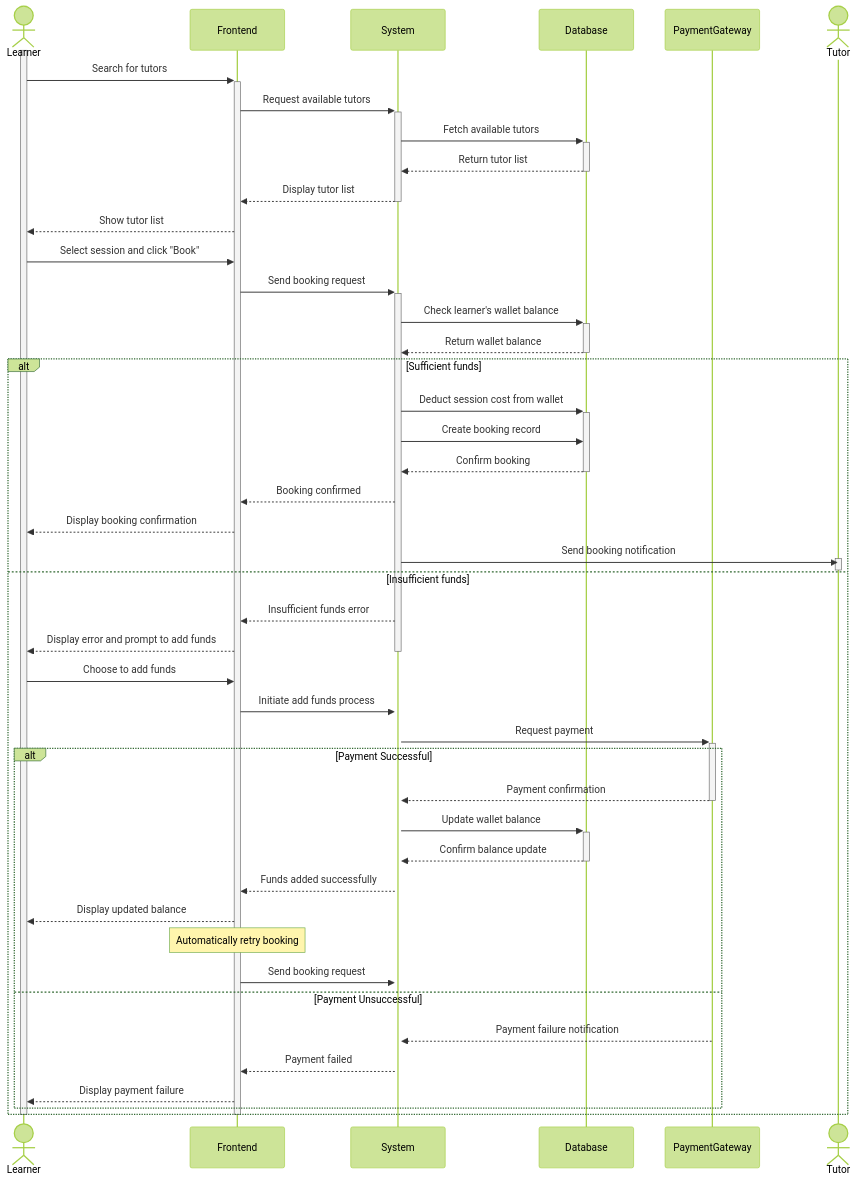
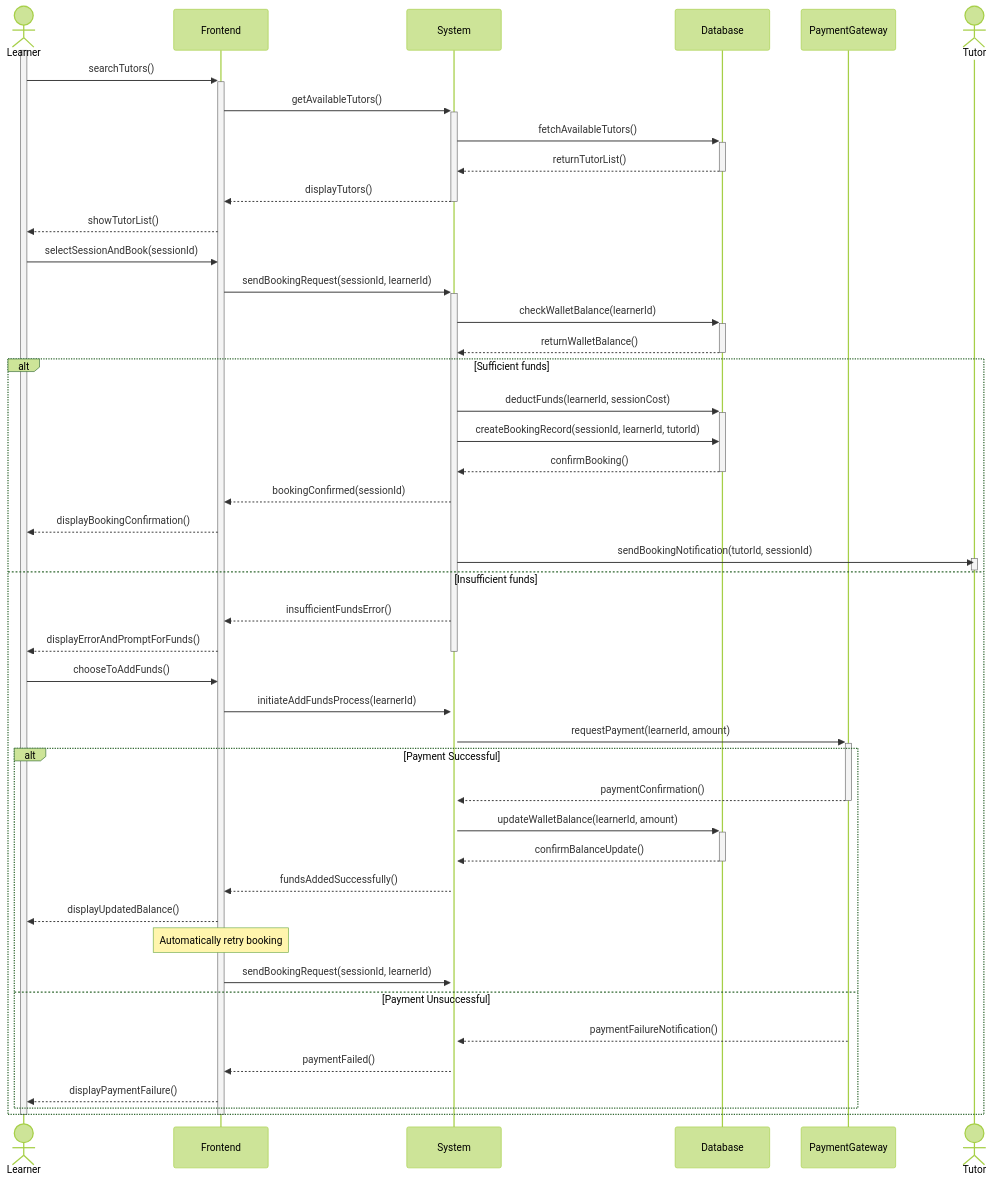
One commit to Shaar03/Diagrams changed the diagram in bookAndPay.mermaid. Above: the diagram before and after it, drawn with Mermaid (forest theme).

```diff
--- a/bookAndPay.mermaid
+++ b/bookAndPay.mermaid
@@ -1,51 +1,51 @@
 sequenceDiagram
     actor Learner
     participant Frontend
     participant System
     participant Database
     participant PaymentGateway
     actor Tutor
 
     activate Learner
-    Learner->>+Frontend: Search for tutors
-    Frontend->>+System: Request available tutors
-    System->>+Database: Fetch available tutors
-    Database-->>-System: Return tutor list
-    System-->>-Frontend: Display tutor list
-    Frontend-->>Learner: Show tutor list
-    Learner->>Frontend: Select session and click "Book"
-    Frontend->>+System: Send booking request
-    System->>+Database: Check learner's wallet balance
-    Database-->>-System: Return wallet balance
+    Learner->>+Frontend: searchTutors()
+    Frontend->>+System: getAvailableTutors()
+    System->>+Database: fetchAvailableTutors()
+    Database-->>-System: returnTutorList()
+    System-->>-Frontend: displayTutors()
+    Frontend-->>Learner: showTutorList()
+    Learner->>Frontend: selectSessionAndBook(sessionId)
+    Frontend->>+System: sendBookingRequest(sessionId, learnerId)
+    System->>+Database: checkWalletBalance(learnerId)
+    Database-->>-System: returnWalletBalance()
     alt Sufficient funds
-        System->>+Database: Deduct session cost from wallet
-        System->>Database: Create booking record
-        Database-->>-System: Confirm booking
-        System-->>Frontend: Booking confirmed
-        Frontend-->>Learner: Display booking confirmation
-        System->>Tutor: Send booking notification
+        System->>+Database: deductFunds(learnerId, sessionCost)
+        System->>Database: createBookingRecord(sessionId, learnerId, tutorId)
+        Database-->>-System: confirmBooking()
+        System-->>Frontend: bookingConfirmed(sessionId)
+        Frontend-->>Learner: displayBookingConfirmation()
+        System->>Tutor: sendBookingNotification(tutorId, sessionId)
         activate Tutor
         deactivate Tutor
     else Insufficient funds
-        System-->>Frontend: Insufficient funds error
-        Frontend-->>Learner: Display error and prompt to add funds
+        System-->>Frontend: insufficientFundsError()
+        Frontend-->>Learner: displayErrorAndPromptForFunds()
         deactivate System
-        Learner->>Frontend: Choose to add funds
-        Frontend->>+System: Initiate add funds process
-        System->>+PaymentGateway: Request payment
+        Learner->>Frontend: chooseToAddFunds()
+        Frontend->>+System: initiateAddFundsProcess(learnerId)
+        System->>+PaymentGateway: requestPayment(learnerId, amount)
         alt Payment Successful
-            PaymentGateway-->>-System: Payment confirmation
-            System->>+Database: Update wallet balance
-            Database-->>-System: Confirm balance update
-            System-->>Frontend: Funds added successfully
-            Frontend-->>Learner: Display updated balance
+            PaymentGateway-->>-System: paymentConfirmation()
+            System->>+Database: updateWalletBalance(learnerId, amount)
+            Database-->>-System: confirmBalanceUpdate()
+            System-->>Frontend: fundsAddedSuccessfully()
+            Frontend-->>Learner: displayUpdatedBalance()
             Note over Frontend: Automatically retry booking
-            Frontend->>System: Send booking request
+            Frontend->>System: sendBookingRequest(sessionId, learnerId)
         else Payment Unsuccessful
-            PaymentGateway-->>System: Payment failure notification
-            System-->>Frontend: Payment failed
-            Frontend-->>Learner: Display payment failure
+            PaymentGateway-->>System: paymentFailureNotification()
+            System-->>Frontend: paymentFailed()
+            Frontend-->>Learner: displayPaymentFailure()
         end
     end
     deactivate Frontend
     deactivate Learner
```
